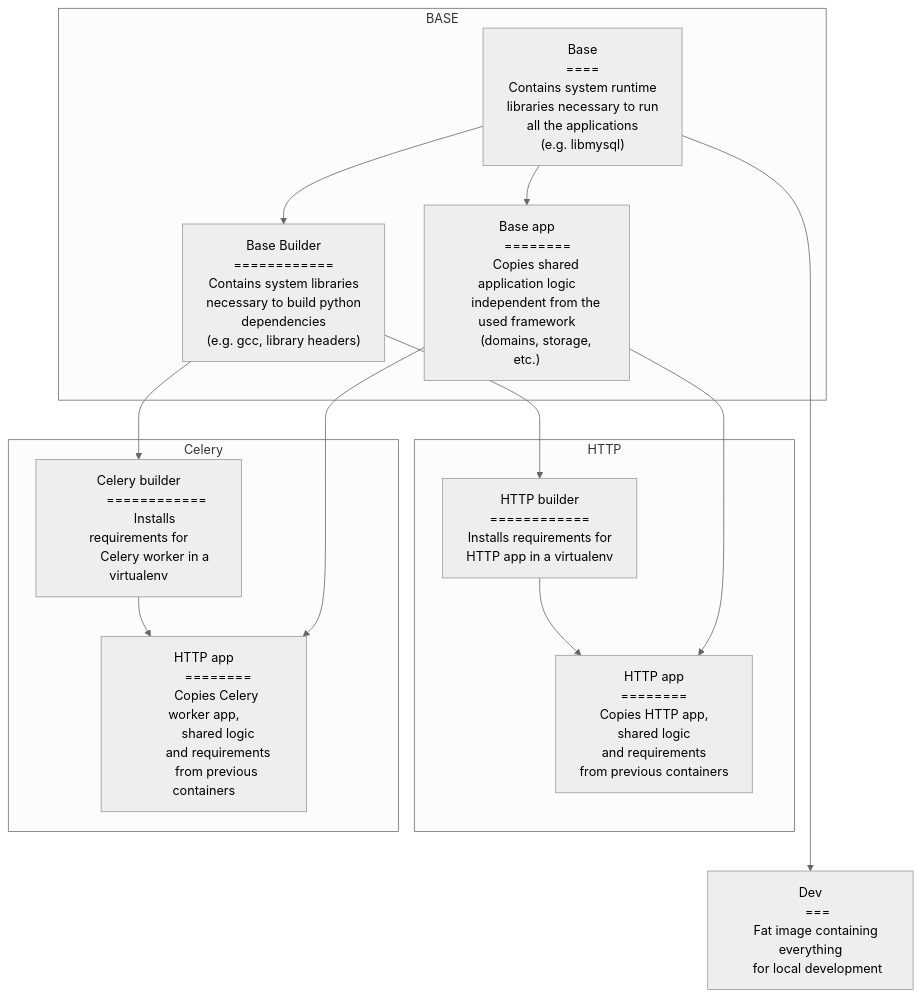
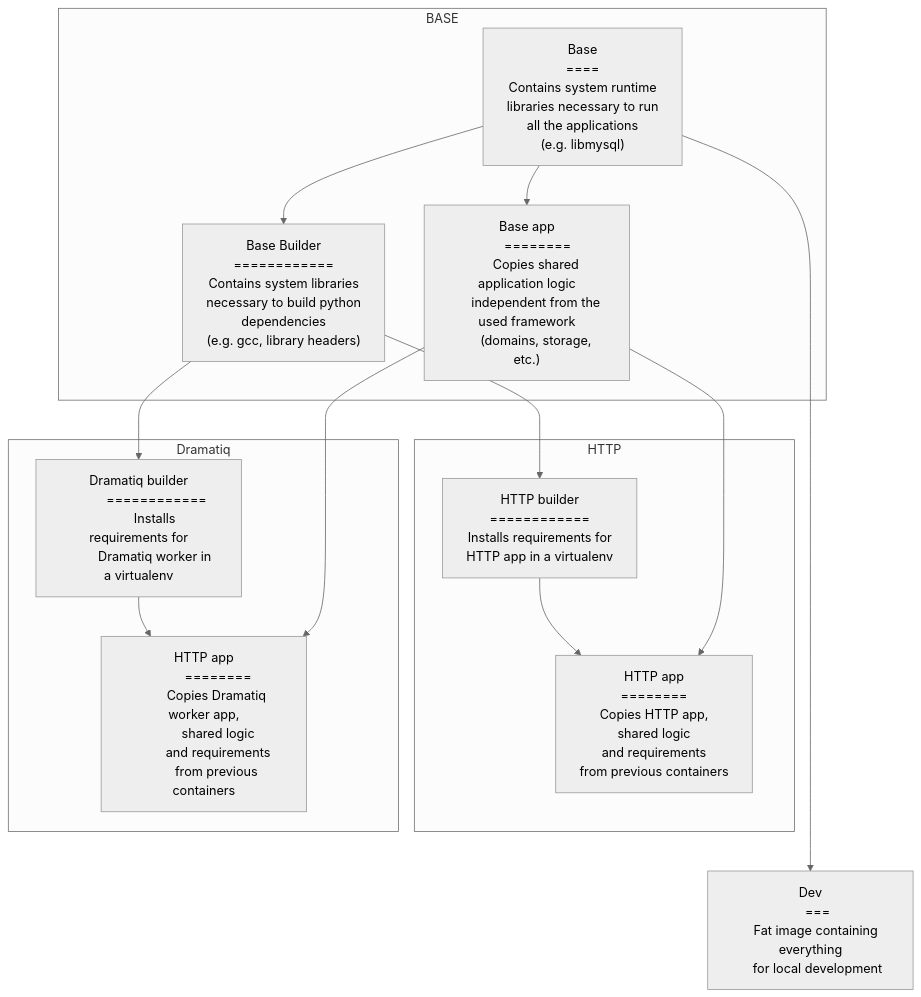
The diagram in docs/dockerfile.md (febus982/bootstrap-python-fastapi), drawn with Mermaid (neutral theme) before and after one commit. The commit also changed 29 other files, not shown here.

First line of the commit message:
Replace Celery with Dramatiq (#223)

````diff
--- a/docs/dockerfile.md
+++ b/docs/dockerfile.md
@@ -16,67 +16,67 @@
 ```mermaid
 flowchart TD
     subgraph BASE
       base["Base
       ====
       Contains system runtime
       libraries necessary to run
       all the applications
       (e.g. libmysql)"]
   
       base_app["Base app
       ========
       Copies shared application logic
       independent from the used framework
       (domains, storage, etc.)"]
   
       base_builder["Base Builder
       ============
       Contains system libraries
       necessary to build python
       dependencies
       (e.g. gcc, library headers)"]
 
     end
     
     dev["Dev
     ===
     Fat image containing everything
     for local development"]
 
     base-->base_app
     base-->base_builder
     base----->dev
     
     subgraph HTTP
       http_builder["HTTP builder
           ============
           Installs requirements for
           HTTP app in a virtualenv"]
       http_app["HTTP app
         ========
         Copies HTTP app,
         shared logic
         and requirements
         from previous containers"]
       http_builder-->http_app
     end
     
-    subgraph Celery
-      celery_builder["Celery builder
+    subgraph Dramatiq
+      dramatiq_builder["Dramatiq builder
           ============
           Installs requirements for
-          Celery worker in a virtualenv"]
-      celery_app["HTTP app
+          Dramatiq worker in a virtualenv"]
+      dramatiq_app["HTTP app
         ========
-        Copies Celery worker app,
+        Copies Dramatiq worker app,
         shared logic
         and requirements
         from previous containers"]
-      celery_builder-->celery_app
+      dramatiq_builder-->dramatiq_app
     end
     
     base_builder-->http_builder
-    base_builder-->celery_builder
+    base_builder-->dramatiq_builder
     base_app-->http_app
-    base_app-->celery_app
+    base_app-->dramatiq_app
 ```
````
